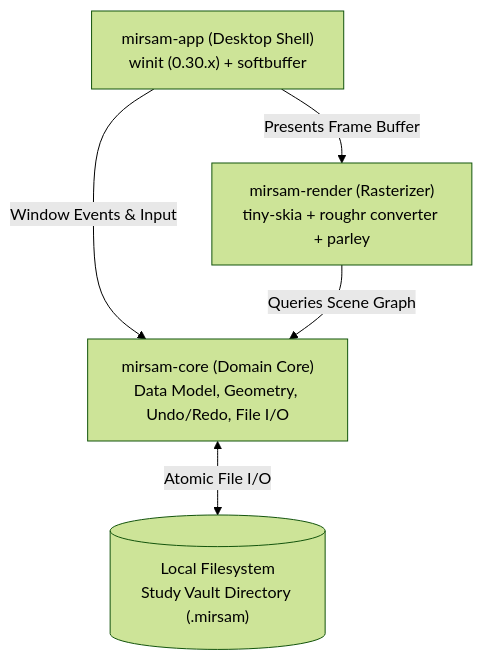
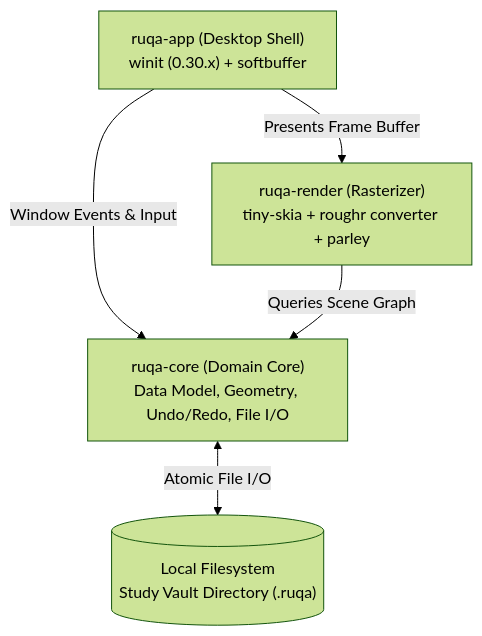
The diagram in docs/architecture/overview.md (abdulrahmanhossam/ruqa), drawn with Mermaid (forest theme) before and after one commit. The commit also changed other lines of this file and 50 other files, not shown here.

````diff
--- a/docs/architecture/overview.md
+++ b/docs/architecture/overview.md
@@ -15,12 +15,12 @@
 ```mermaid
 graph TD
-    App["mirsam-app (Desktop Shell)<br/>winit (0.30.x) + softbuffer"]
-    Render["mirsam-render (Rasterizer)<br/>tiny-skia + roughr converter + parley"]
-    Core["mirsam-core (Domain Core)<br/>Data Model, Geometry, Undo/Redo, File I/O"]
-    Disk[("Local Filesystem<br/>Study Vault Directory (.mirsam)")]
+    App["ruqa-app (Desktop Shell)<br/>winit (0.30.x) + softbuffer"]
+    Render["ruqa-render (Rasterizer)<br/>tiny-skia + roughr converter + parley"]
+    Core["ruqa-core (Domain Core)<br/>Data Model, Geometry, Undo/Redo, File I/O"]
+    Disk[("Local Filesystem<br/>Study Vault Directory (.ruqa)")]
 
     App -->|Window Events & Input| Core
     App -->|Presents Frame Buffer| Render
     Render -->|Queries Scene Graph| Core
     Core <-->|Atomic File I/O| Disk
 ```
````
